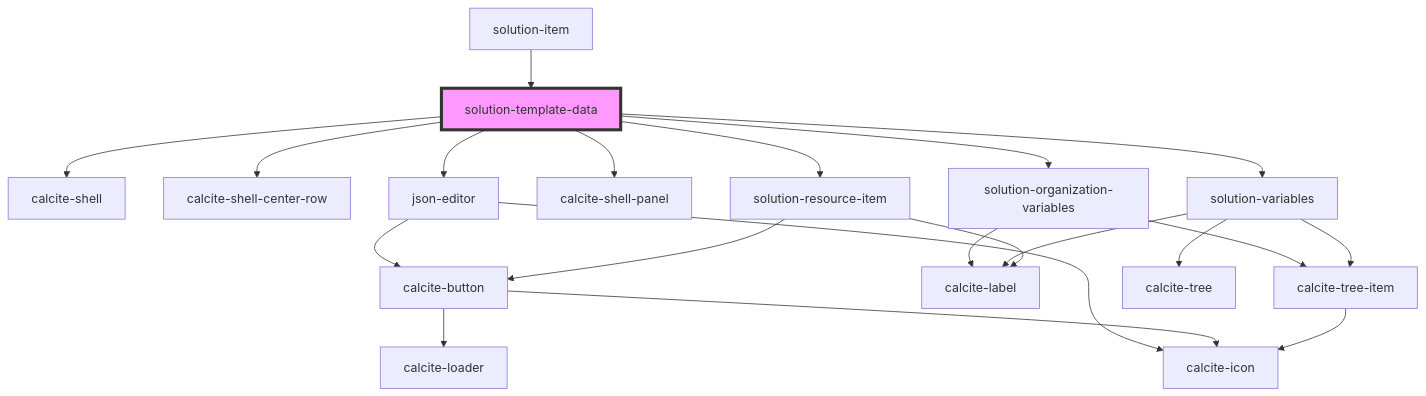
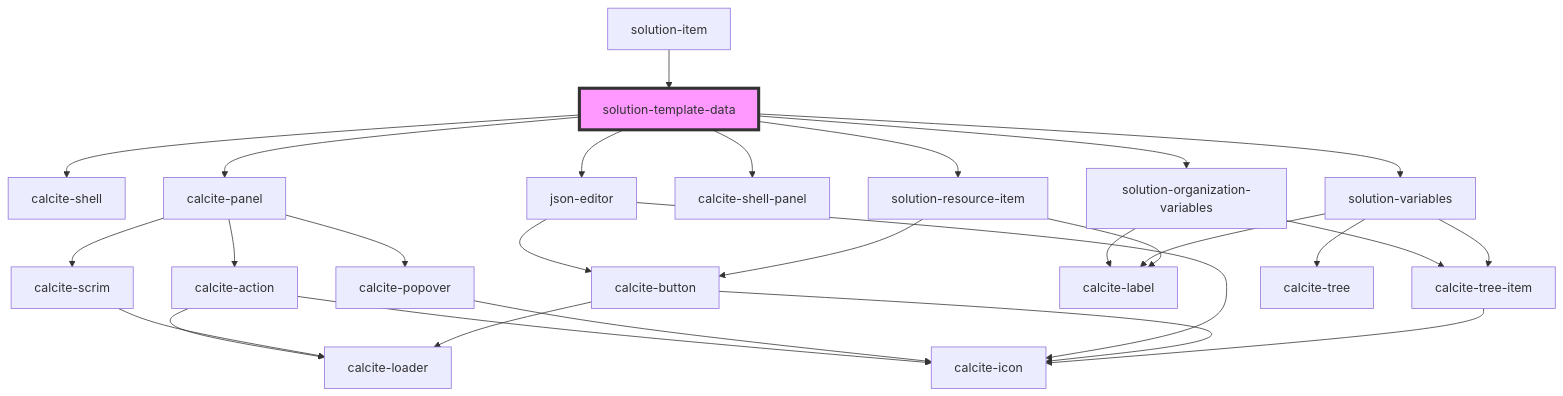
The diagram in src/components/solution-template-data/readme.md (Esri/solutions-components), drawn with Mermaid before and after one commit. The commit also changed other lines of this file and 9 other files, not shown here.

````diff
--- a/src/components/solution-template-data/readme.md
+++ b/src/components/solution-template-data/readme.md
@@ -38,24 +38,31 @@
 ```mermaid
 graph TD;
   solution-template-data --> calcite-shell
-  solution-template-data --> calcite-shell-center-row
+  solution-template-data --> calcite-panel
   solution-template-data --> json-editor
   solution-template-data --> calcite-shell-panel
   solution-template-data --> solution-organization-variables
   solution-template-data --> solution-variables
   solution-template-data --> solution-resource-item
+  calcite-panel --> calcite-action
+  calcite-panel --> calcite-popover
+  calcite-panel --> calcite-scrim
+  calcite-action --> calcite-loader
+  calcite-action --> calcite-icon
+  calcite-popover --> calcite-icon
+  calcite-scrim --> calcite-loader
   json-editor --> calcite-button
   json-editor --> calcite-icon
   calcite-button --> calcite-loader
   calcite-button --> calcite-icon
   solution-organization-variables --> calcite-label
   solution-organization-variables --> calcite-tree-item
   calcite-tree-item --> calcite-icon
   solution-variables --> calcite-label
   solution-variables --> calcite-tree-item
   solution-variables --> calcite-tree
   solution-resource-item --> calcite-label
   solution-resource-item --> calcite-button
   solution-item --> solution-template-data
   style solution-template-data fill:#f9f,stroke:#333,stroke-width:4px
 ```
````
